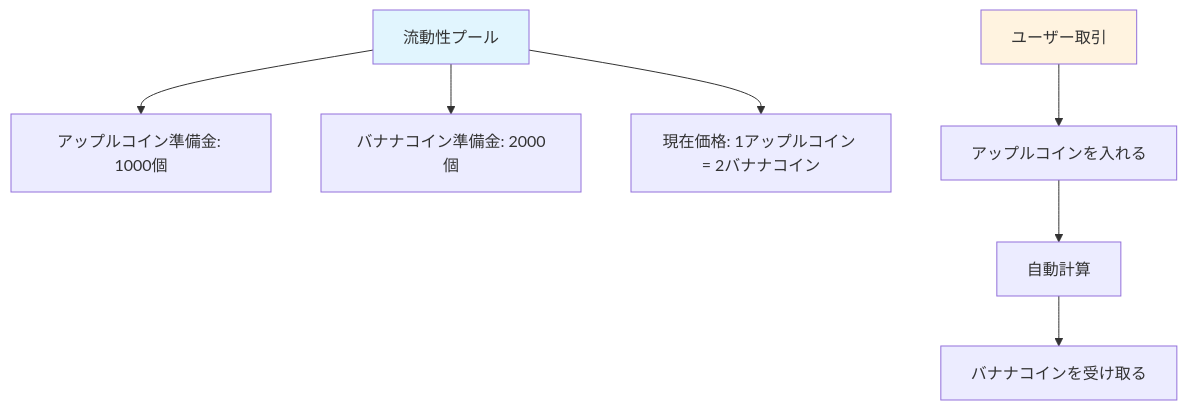
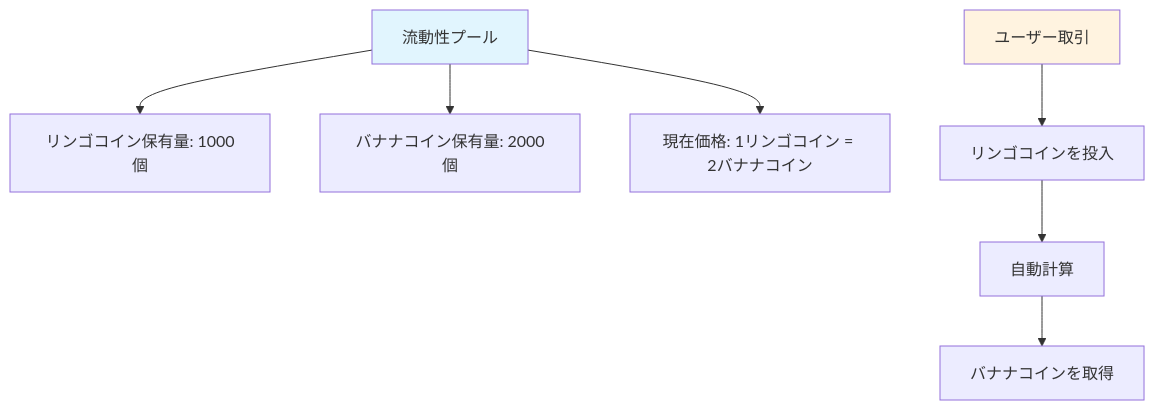
Before and after one commit to pinpetfun/pinpet-book: the second of 9 diagrams in doc/ja/AMM_Market_Making.md, drawn with Mermaid. The commit also changed other lines of this file and 54 other files, not shown here.

````diff
--- a/doc/ja/AMM_Market_Making.md
+++ b/doc/ja/AMM_Market_Making.md
@@ -75,13 +75,13 @@
 ```mermaid
 graph TD
-    A[流動性プール] --> B[アップルコイン準備金: 1000個]
-    A --> C[バナナコイン準備金: 2000個]
-    A --> D[現在価格: 1アップルコイン = 2バナナコイン]
+    A[流動性プール] --> B[リンゴコイン保有量: 1000個]
+    A --> C[バナナコイン保有量: 2000個]
+    A --> D[現在価格: 1リンゴコイン = 2バナナコイン]
 
-    E[ユーザー取引] --> F[アップルコインを入れる]
+    E[ユーザー取引] --> F[リンゴコインを投入]
     F --> G[自動計算]
-    G --> H[バナナコインを受け取る]
+    G --> H[バナナコインを取得]
 
     style A fill:#e1f5fe
     style E fill:#fff3e0
 ```
````
